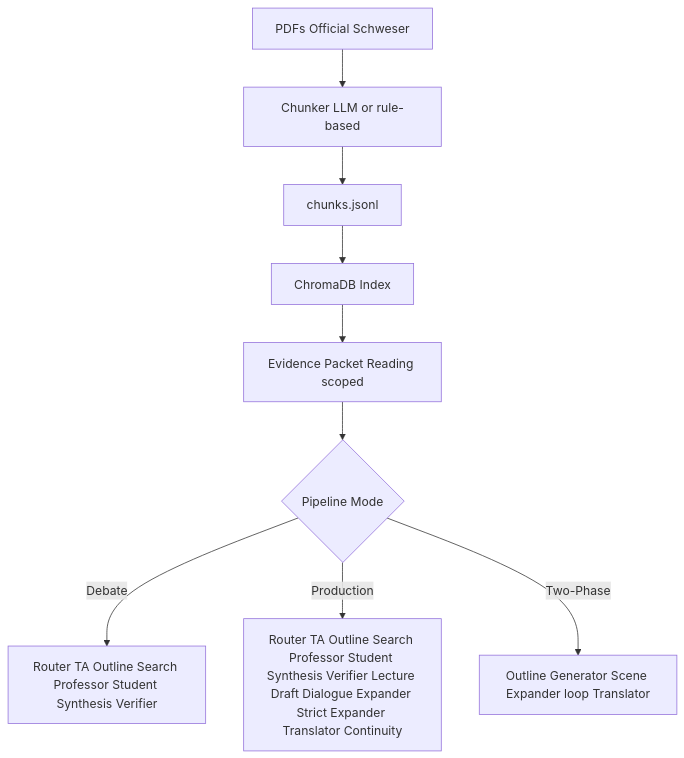
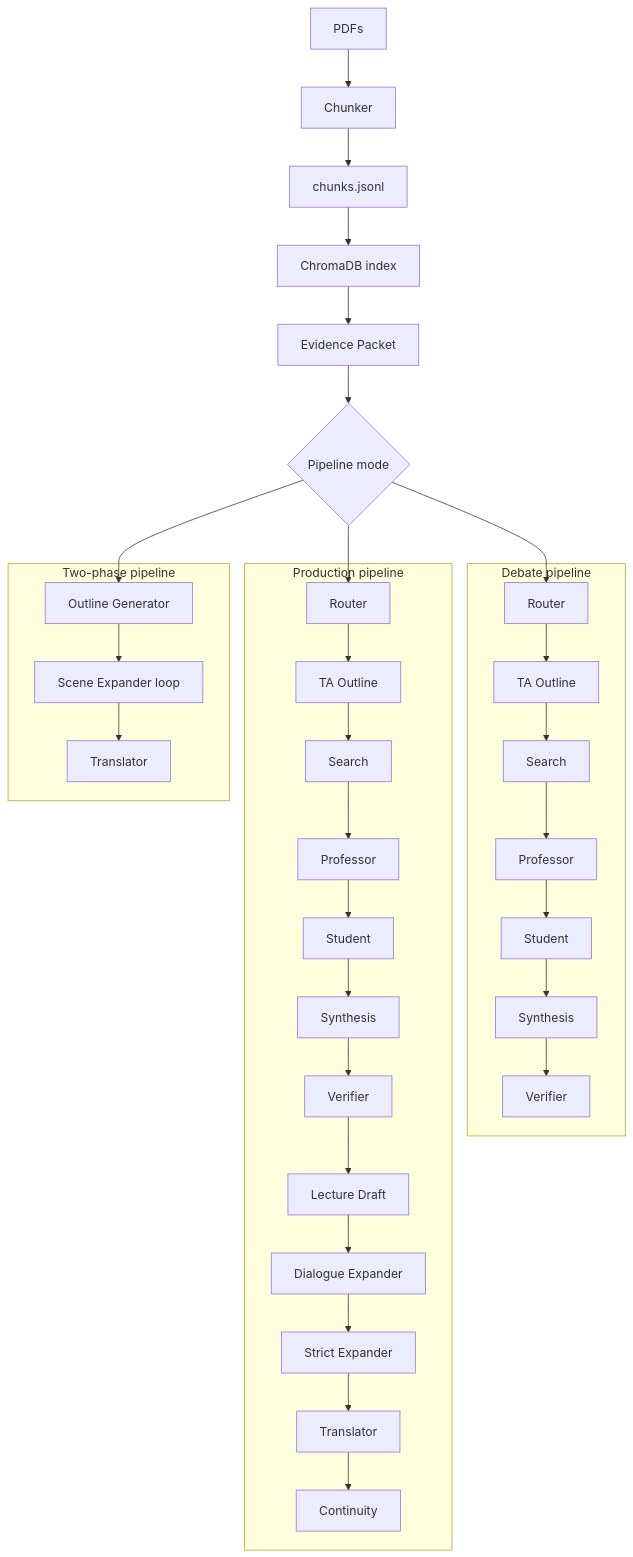
One commit to hzy-hits/edu-video-factory changed the first of 4 diagrams in README.md. Above: the diagram before and after it, drawn with Mermaid.

````diff
--- a/README.md
+++ b/README.md
@@ -11,12 +11,24 @@
 ```mermaid
 flowchart TD
-  A[PDFs Official Schweser] --> B[Chunker LLM or rule-based]
+  A[PDFs] --> B[Chunker]
   B --> C[chunks.jsonl]
-  C --> D[ChromaDB Index]
-  D --> E[Evidence Packet Reading scoped]
-  E --> F{Pipeline Mode}
+  C --> D[ChromaDB index]
+  D --> E[Evidence Packet]
+  E --> F{Pipeline mode}
 
-  F -->|Debate| G[Router TA Outline Search Professor Student Synthesis Verifier]
-  F -->|Production| H[Router TA Outline Search Professor Student Synthesis Verifier Lecture Draft Dialogue Expander Strict Expander Translator Continuity]
-  F -->|Two-Phase| I[Outline Generator Scene Expander loop Translator]
+  F --> D1
+  F --> P1
+  F --> T1
+
+  subgraph Debate["Debate pipeline"]
+    D1[Router] --> D2[TA Outline] --> D3[Search] --> D4[Professor] --> D5[Student] --> D6[Synthesis] --> D7[Verifier]
+  end
+
+  subgraph Production["Production pipeline"]
+    P1[Router] --> P2[TA Outline] --> P3[Search] --> P4[Professor] --> P5[Student] --> P6[Synthesis] --> P7[Verifier] --> P8[Lecture Draft] --> P9[Dialogue Expander] --> P10[Strict Expander] --> P11[Translator] --> P12[Continuity]
+  end
+
+  subgraph TwoPhase["Two-phase pipeline"]
+    T1[Outline Generator] --> T2[Scene Expander loop] --> T3[Translator]
+  end
 ```
````
